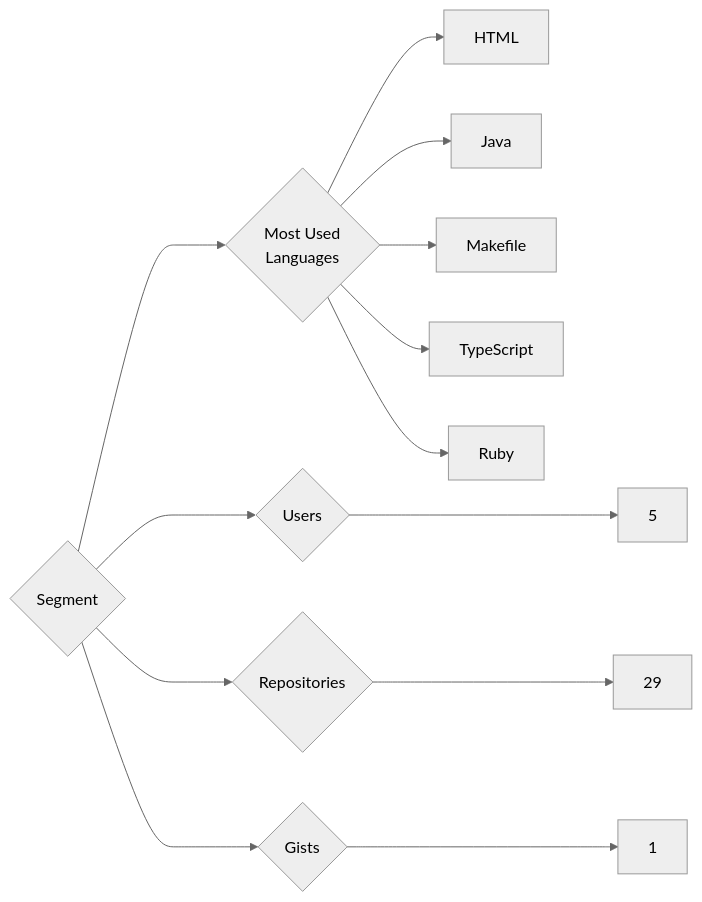
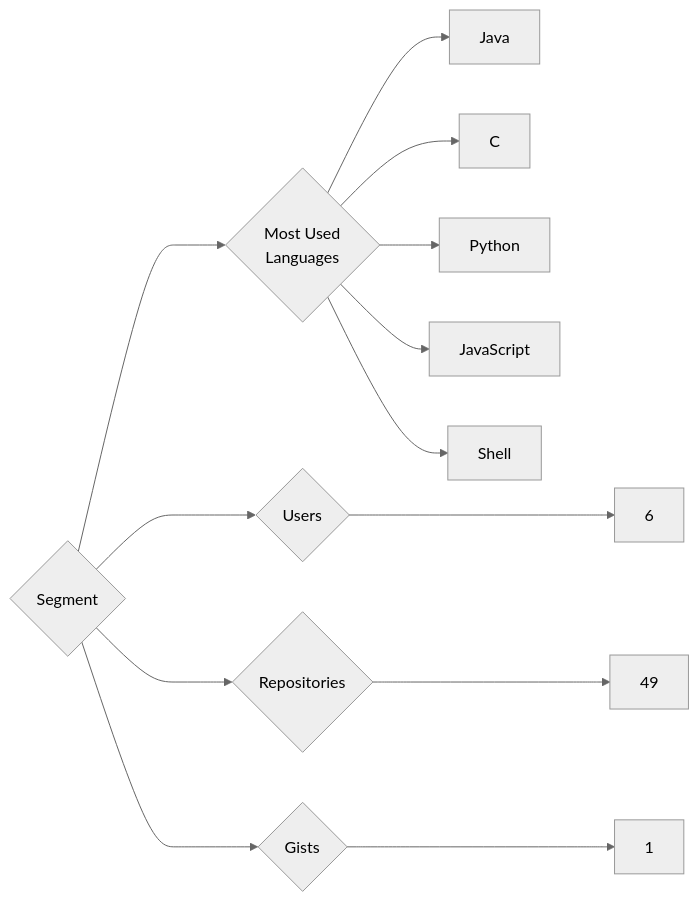
Before and after one commit to trickest/insiders: the diagram in targets/Segment/README.md, drawn with Mermaid (neutral theme). The commit also changed 1389 other files, not shown here.

````diff
--- a/targets/Segment/README.md
+++ b/targets/Segment/README.md
@@ -3,13 +3,13 @@
 ```mermaid
 graph LR
 COMPANY_NAME{Segment}
-COMPANY_NAME ---> U{Users} ---> UN[5]
-COMPANY_NAME ---> R{Repositories} ---> RN[29]
+COMPANY_NAME ---> U{Users} ---> UN[6]
+COMPANY_NAME ---> R{Repositories} ---> RN[49]
 COMPANY_NAME ---> G{Gists} ---> GN[1]
 COMPANY_NAME ---> ML{Most Used<br>Languages}
-ML --> HTML[HTML]
 ML --> Java[Java]
-ML --> Makefile[Makefile]
-ML --> TypeScript[TypeScript]
-ML --> Ruby[Ruby]
+ML --> C[C]
+ML --> Python[Python]
+ML --> JavaScript[JavaScript]
+ML --> Shell[Shell]
 ```
````
